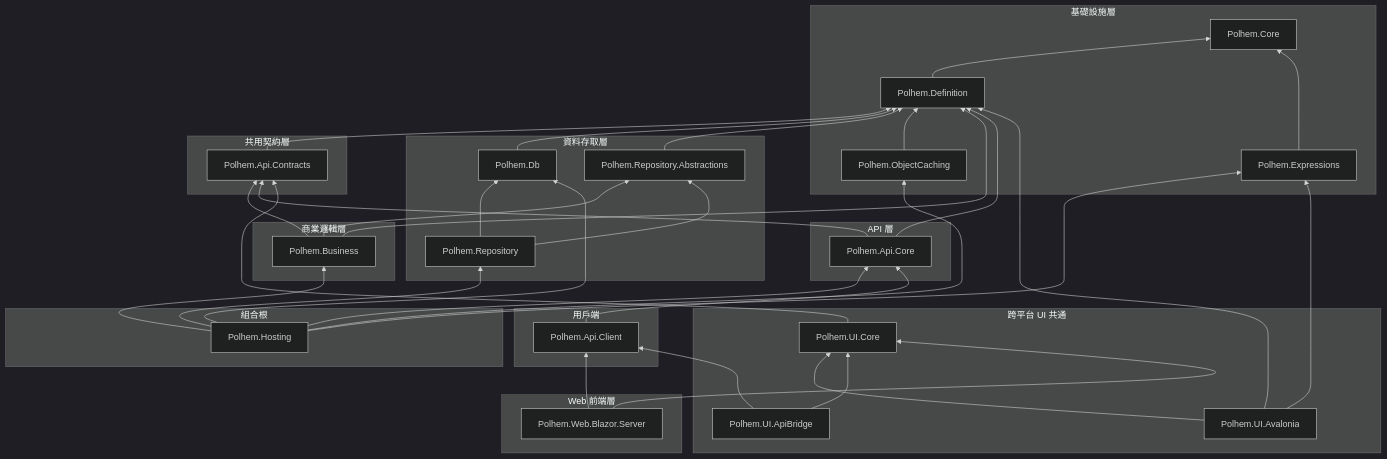
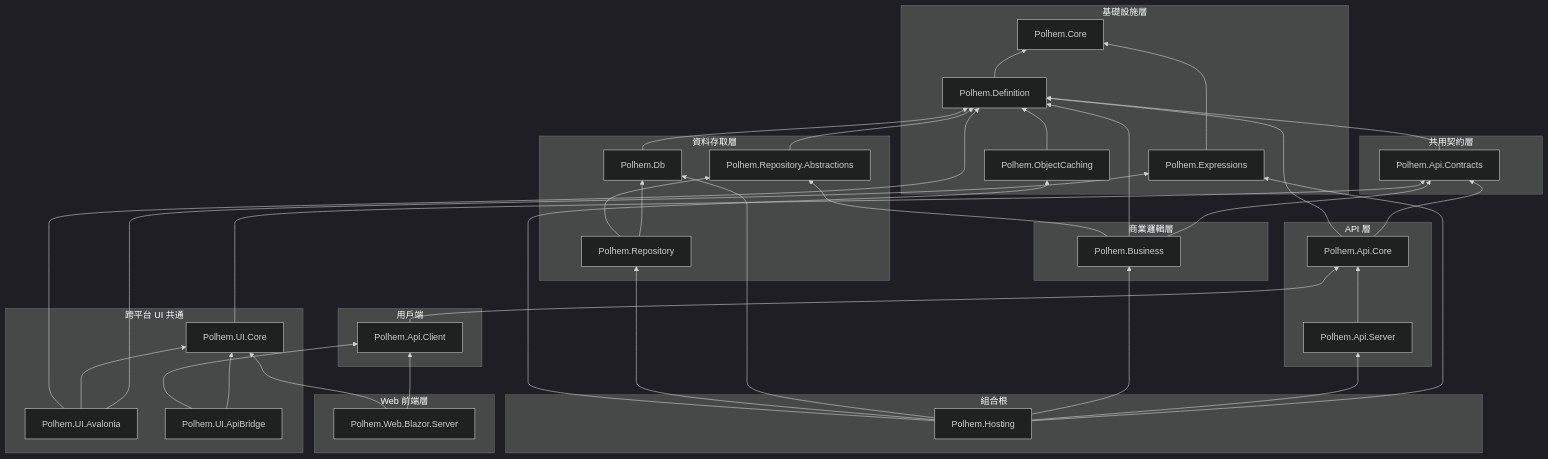
One commit to polhem-dev/polhem changed the diagram in docs/zh-TW/architecture/dependency-map.md. Above: the diagram before and after it, drawn with Mermaid (dark theme). The commit also changed other lines of this file and 191 other files, not shown here.

First line of the commit message:
Split the server side of Polhem.Api.Core into Polhem.Api.Server (ADR-055) (#111)

````diff
--- a/docs/zh-TW/architecture/dependency-map.md
+++ b/docs/zh-TW/architecture/dependency-map.md
@@ -15,74 +15,76 @@
 ```mermaid
 graph BT
   subgraph 基礎設施層
     Base["Polhem.Core"]
     Expressions["Polhem.Expressions"]
     Definition["Polhem.Definition"]
     Caching["Polhem.ObjectCaching"]
   end
 
   subgraph 資料存取層
     RepoAbs["Polhem.Repository.Abstractions"]
     Db["Polhem.Db"]
     Repo["Polhem.Repository"]
   end
 
   subgraph 商業邏輯層
     Business["Polhem.Business"]
   end
 
   subgraph SharedContracts [共用契約層]
     Contracts["Polhem.Api.Contracts"]
   end
 
   subgraph API 層
     Core["Polhem.Api.Core"]
+    Server["Polhem.Api.Server"]
   end
 
   subgraph CompositionRoot [組合根]
     Hosting["Polhem.Hosting"]
   end
 
   subgraph 用戶端
     Client["Polhem.Api.Client"]
   end
 
   subgraph 跨平台 UI 共通
     UICore["Polhem.UI.Core"]
     UIAvalonia["Polhem.UI.Avalonia"]
     UIApiBridge["Polhem.UI.ApiBridge"]
   end
 
   subgraph Web 前端層
     BlazorSrv["Polhem.Web.Blazor.Server"]
   end
 
   Definition --> Base
   Expressions --> Base
   Hosting --> Expressions
   UIAvalonia --> Expressions
   Contracts --> Definition
   Db --> Definition
   RepoAbs --> Definition
   Caching --> Definition
   Business --> Contracts
   Business --> Definition
   Business --> RepoAbs
   Repo --> Db
   Repo --> RepoAbs
   Core --> Contracts
   Core --> Definition
-  Hosting --> Core
+  Server --> Core
+  Hosting --> Server
   Hosting --> Business
   Hosting --> Db
   Hosting --> Repo
   Hosting --> Caching
   Client --> Core
   UICore --> Contracts
   UIAvalonia --> UICore
   UIAvalonia --> Definition
   UIApiBridge --> UICore
   UIApiBridge --> Client
   BlazorSrv --> Client
   BlazorSrv --> UICore
 ```
````
